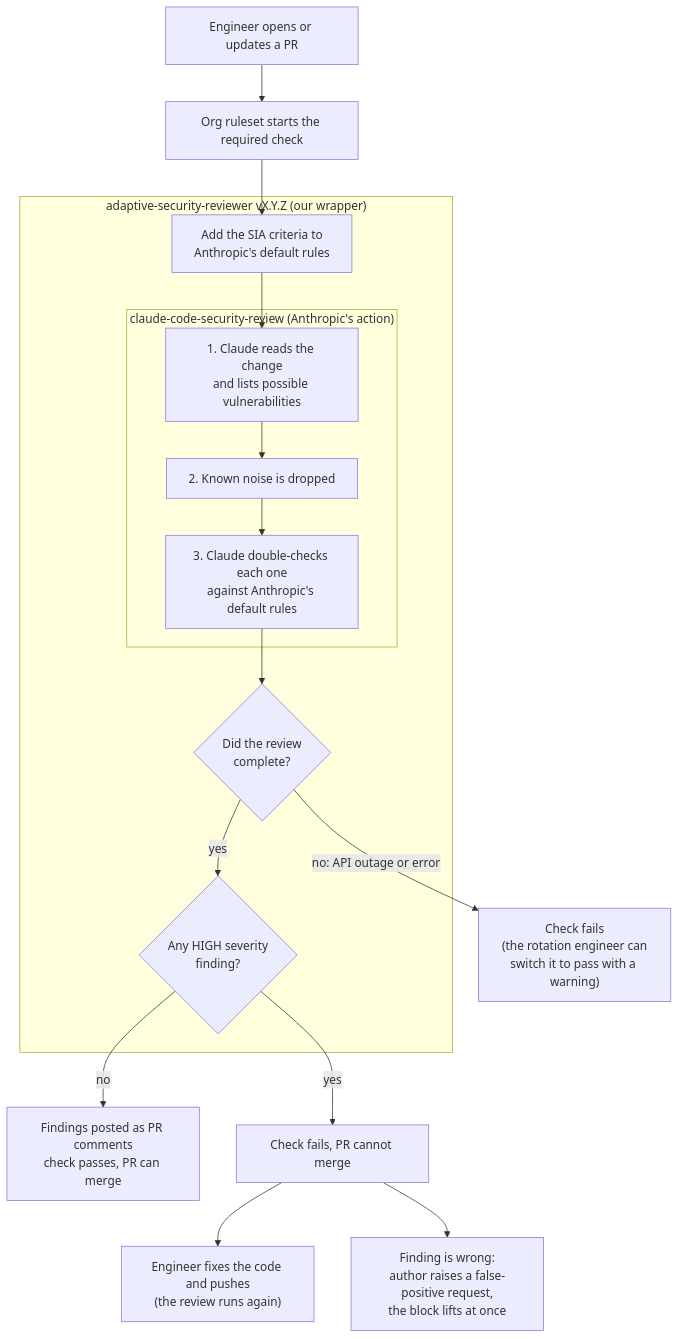
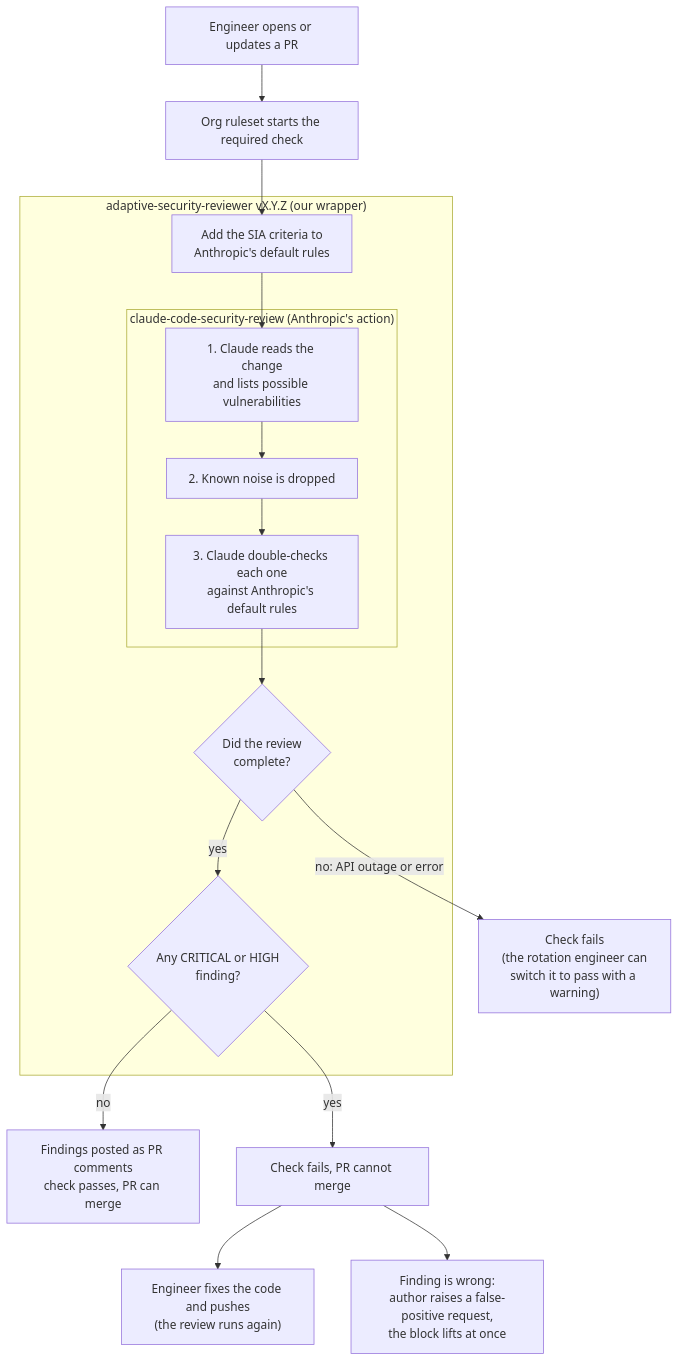
One commit to ssc-telec-corp/agentic-reviewer changed the first of 2 diagrams in docs/README.md. Above: the diagram before and after it, drawn with Mermaid. The commit also changed other lines of this file and 5 other files, not shown here.

First line of the commit message:
Introduce CRITICAL severity; CRITICAL and HIGH both block

````diff
--- a/docs/README.md
+++ b/docs/README.md
@@ -7,25 +7,25 @@
 ```mermaid
 flowchart TD
     A["Engineer opens or updates a PR"] --> B["Org ruleset starts the required check"]
     B --> C
 
     subgraph W["adaptive-security-reviewer vX.Y.Z (our wrapper)"]
         C["Add the SIA criteria to<br/>Anthropic's default rules"]
         subgraph U["claude-code-security-review (Anthropic's action)"]
             D1["1. Claude reads the change<br/>and lists possible vulnerabilities"]
             D2["2. Known noise is dropped"]
             D3["3. Claude double-checks each one<br/>against Anthropic's default rules"]
             D1 --> D2 --> D3
         end
         C --> D1
         D3 --> E{"Did the review<br/>complete?"}
-        H{"Any HIGH severity<br/>finding?"}
+        H{"Any CRITICAL or HIGH<br/>finding?"}
     end
 
     E -- "no: API outage or error" --> G["Check fails<br/>(the rotation engineer can<br/>switch it to pass with a warning)"]
     E -- "yes" --> H
     H -- "no" --> F["Findings posted as PR comments<br/>check passes, PR can merge"]
     H -- "yes" --> B2["Check fails, PR cannot merge"]
     B2 --> I["Engineer fixes the code and pushes<br/>(the review runs again)"]
     B2 --> J["Finding is wrong:<br/>author raises a false-positive request,<br/>the block lifts at once"]
 ```
````
